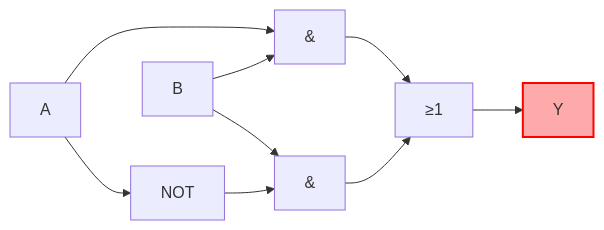
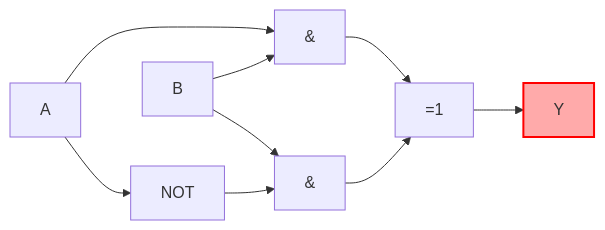
Before and after one commit to Raushan666java/ai-engineering-journey: the ninth of 9 diagrams in docs/courses/digital-logic/05-combinational-circuits.md, drawn with Mermaid. The commit also changed other lines of this file and 790 other files, not shown here.

Commit message:
Sync all course diagram renders and content updates

````diff
--- a/docs/courses/digital-logic/05-combinational-circuits.md
+++ b/docs/courses/digital-logic/05-combinational-circuits.md
@@ -643,12 +643,12 @@
 ```mermaid
 graph LR
     A[A] --> AND1[&]
     A --> INV[NOT]
     INV --> AND2[&]
     B[B] --> AND1
     B --> AND2
-    AND1 --> OR[≥1]
+    AND1 --> OR[=1]
     AND2 --> OR
     OR --> Y[Y]
     style Y fill:#faa,stroke:#f00,stroke-width:2px
 ```
````
